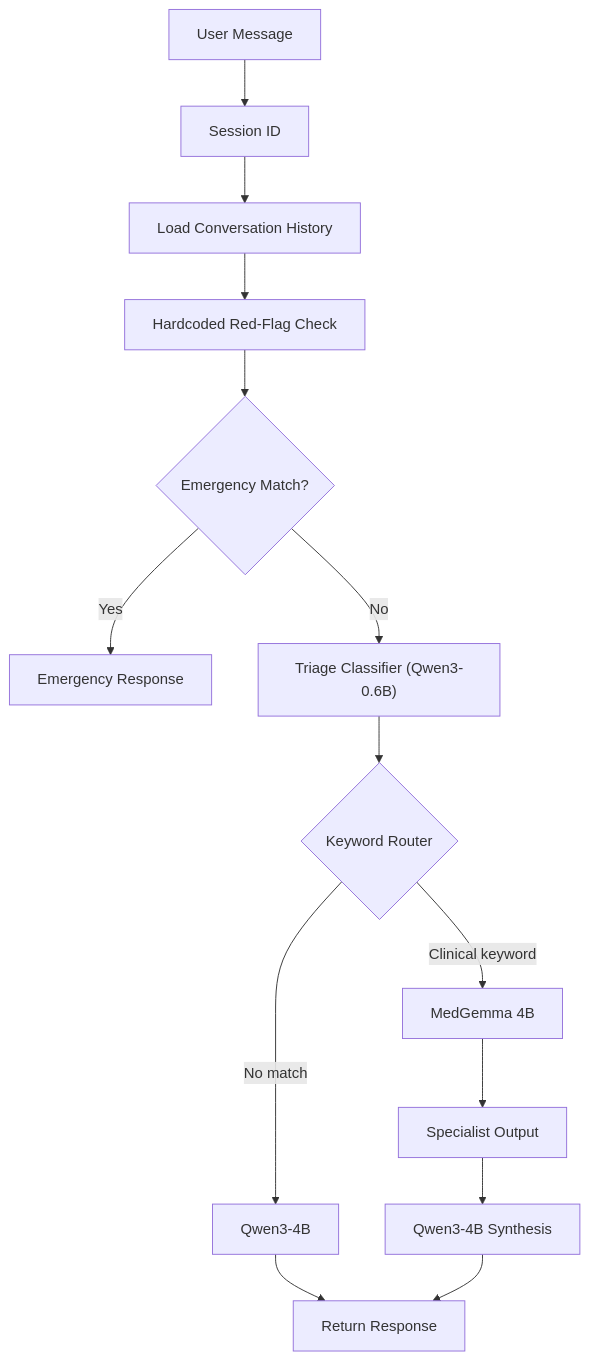
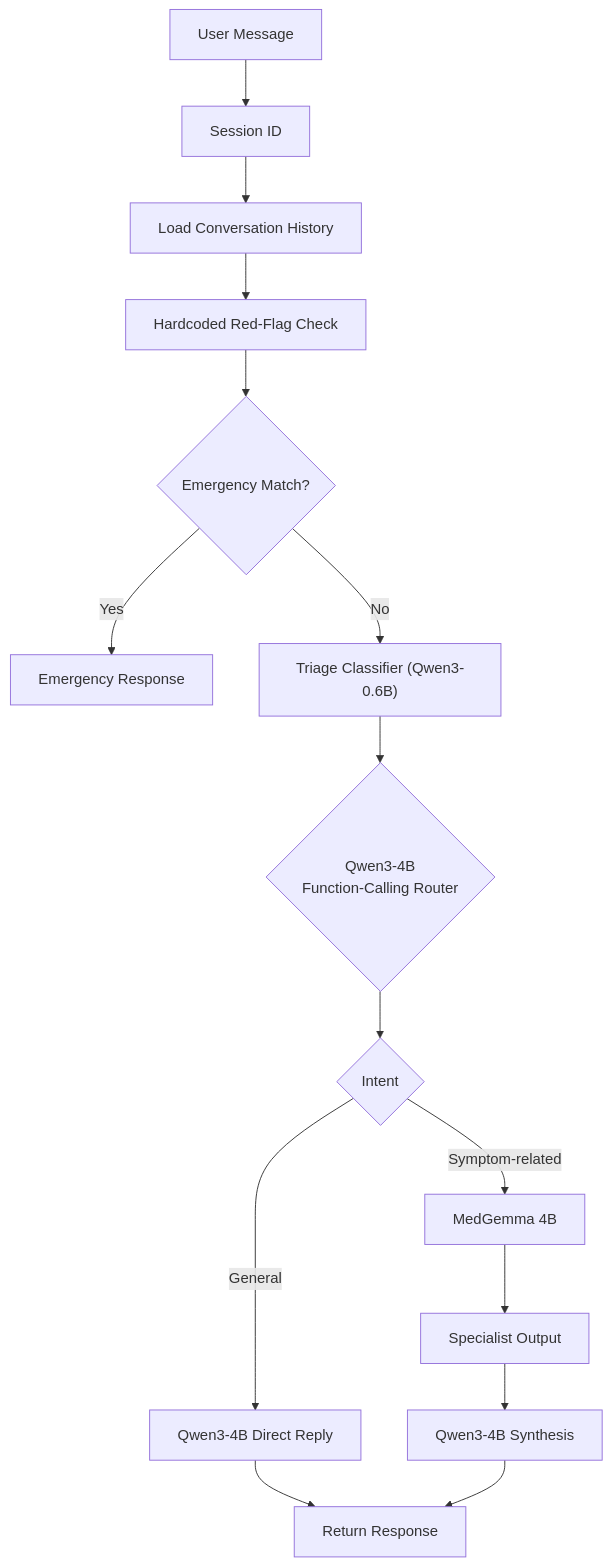
The diagram in README.md (theruderaw/medgemma-agent), drawn with Mermaid before and after one commit. The commit also changed other lines of this file and 14 other files, not shown here.

````diff
--- a/README.md
+++ b/README.md
@@ -18,32 +18,34 @@
 ```mermaid
 flowchart TD
     USER["User Message"]
     SESSION["Session ID"]
     LOAD["Load Conversation History"]
     SAFETY["Hardcoded Red-Flag Check"]
     EMERGENCY{"Emergency Match?"}
     EMERGENCY_RESPONSE["Emergency Response"]
     TRIAGE["Triage Classifier (Qwen3-0.6B)"]
-    ROUTER{"Keyword Router"}
-    QWEN["Qwen3-4B"]
+    ROUTER{"Qwen3-4B<br/>Function-Calling Router"}
+    INTENT{"Intent"}
+    QWEN["Qwen3-4B Direct Reply"]
     MED["MedGemma 4B"]
     CONTEXT["Specialist Output"]
     SYNTH["Qwen3-4B Synthesis"]
     RESPONSE["Return Response"]
 
     USER --> SESSION
     SESSION --> LOAD
     LOAD --> SAFETY
     SAFETY --> EMERGENCY
 
     EMERGENCY -->|"Yes"| EMERGENCY_RESPONSE
     EMERGENCY -->|"No"| TRIAGE
     TRIAGE --> ROUTER
 
-    ROUTER -->|"No match"| QWEN
-    ROUTER -->|"Clinical keyword"| MED
+    ROUTER --> INTENT
+    INTENT -->|"General"| QWEN
+    INTENT -->|"Symptom-related"| MED
     MED --> CONTEXT
     CONTEXT --> SYNTH
     QWEN --> RESPONSE
     SYNTH --> RESPONSE
 ```
````
